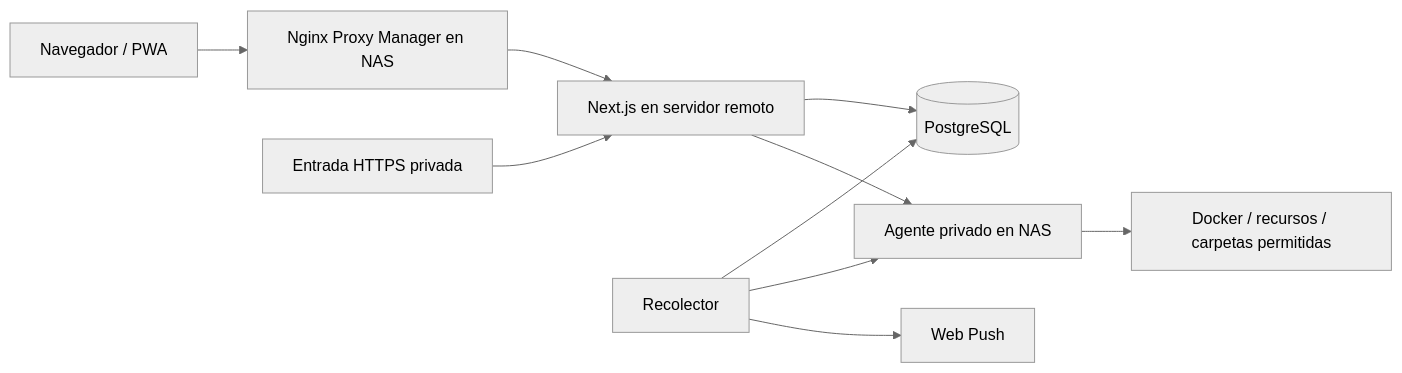
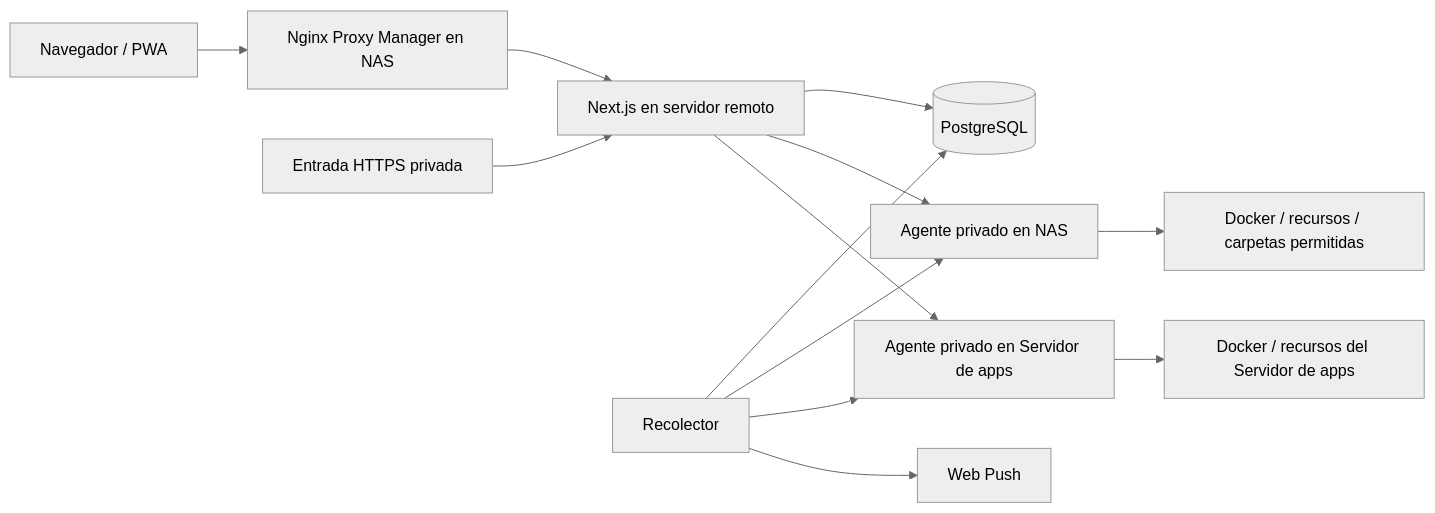
One commit to alberba/nas-dashboard changed the diagram in README.md. Above: the diagram before and after it, drawn with Mermaid (neutral theme). The commit also changed other lines of this file and 27 other files, not shown here.

````diff
--- a/README.md
+++ b/README.md
@@ -23,12 +24,15 @@
 ```mermaid
 flowchart LR
   Browser[Navegador / PWA] --> Proxy[Nginx Proxy Manager en NAS]
   Proxy --> App[Next.js en servidor remoto]
   Private[Entrada HTTPS privada] --> App
   App --> DB[(PostgreSQL)]
   Worker[Recolector] --> DB
   Worker --> Agent[Agente privado en NAS]
+  Worker --> AppsAgent[Agente privado en Servidor de apps]
   App --> Agent
+  App --> AppsAgent
   Agent --> Docker[Docker / recursos / carpetas permitidas]
+  AppsAgent --> AppsDocker[Docker / recursos del Servidor de apps]
   Worker --> Push[Web Push]
 ```
````
